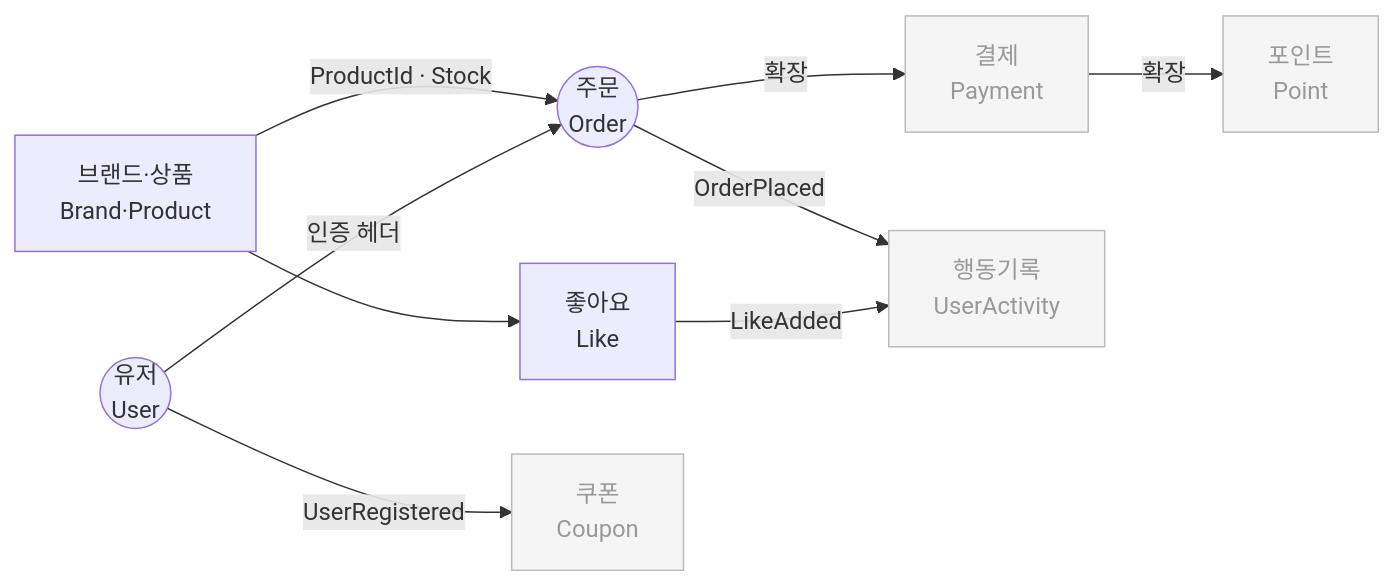
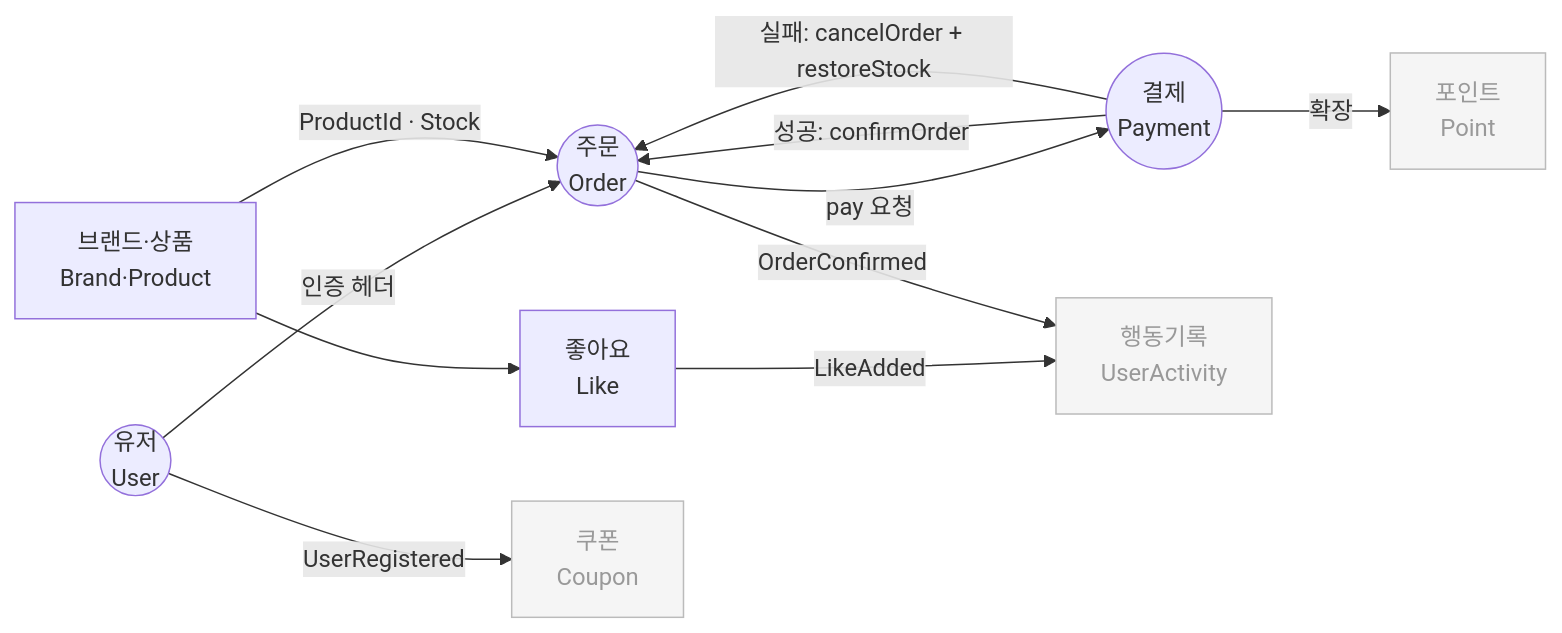
The first of 12 diagrams in .docs/design/00-domain-spec.md (loopers-labs/loop-pack-be-l2-vol4-java), drawn with Mermaid before and after one commit. The commit also changed other lines of this file and 8 other files, not shown here.

````diff
--- a/.docs/design/00-domain-spec.md
+++ b/.docs/design/00-domain-spec.md
@@ -54,25 +62,26 @@
 ```mermaid
 graph LR
     M((유저\nUser))
     BP[브랜드·상품\nBrand·Product]
     L[좋아요\nLike]
     O((주문\nOrder))
+    P((결제\nPayment))
     C[쿠폰\nCoupon]
-    P[결제\nPayment]
     PT[포인트\nPoint]
     UA[행동기록\nUserActivity]
 
     M -->|UserRegistered| C
     M -->|인증 헤더| O
     BP -->|ProductId · Stock| O
     BP --> L
     L -->|LikeAdded| UA
-    O -->|OrderPlaced| UA
-    O -->|확장| P
+    O -->|pay 요청| P
+    P -->|성공: confirmOrder| O
+    P -->|실패: cancelOrder + restoreStock| O
+    O -->|OrderConfirmed| UA
     P -->|확장| PT
 
     style C fill:#f5f5f5,stroke:#bbb,color:#999
-    style P fill:#f5f5f5,stroke:#bbb,color:#999
     style PT fill:#f5f5f5,stroke:#bbb,color:#999
     style UA fill:#f5f5f5,stroke:#bbb,color:#999
 ```
````
